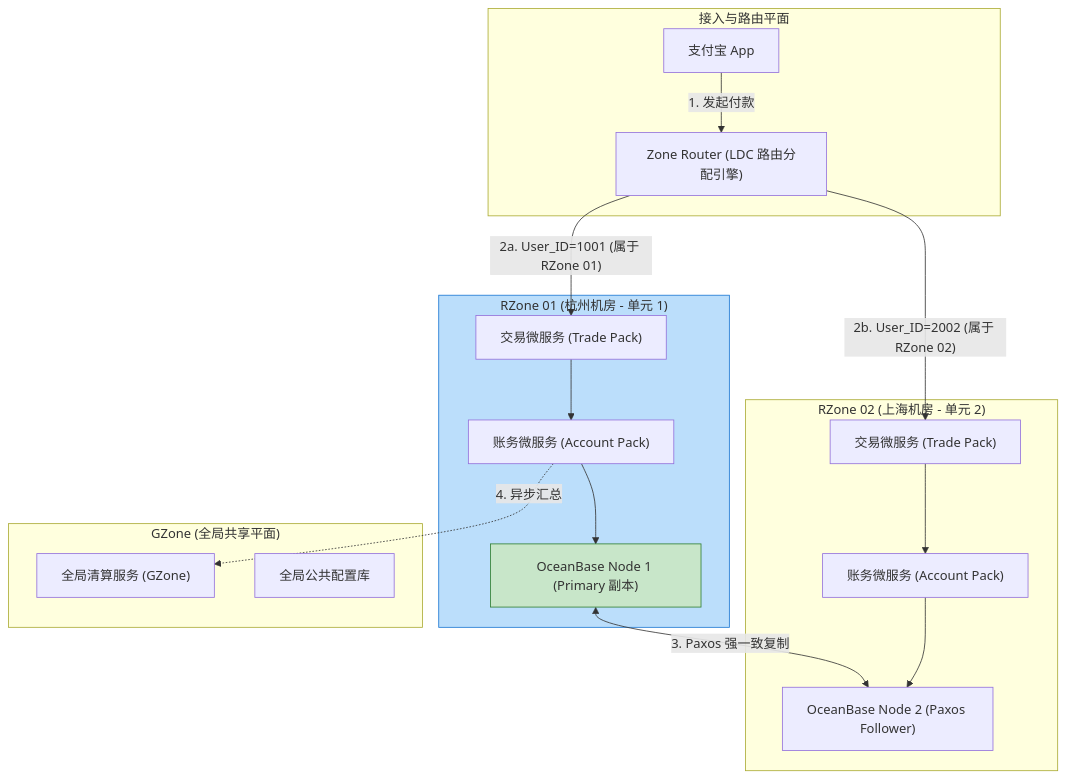
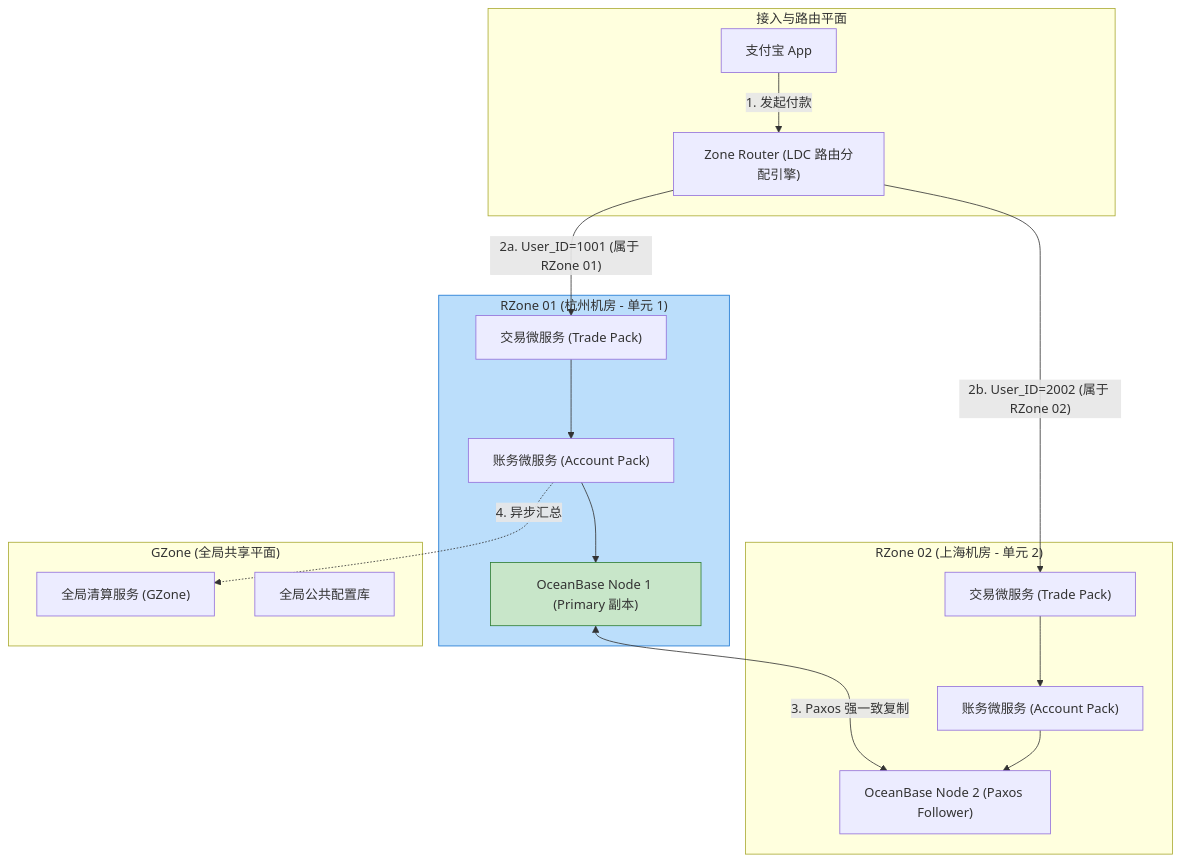
Before and after one commit to koosai/AI-Architect-Learning: the fourth of 6 diagrams in docs/atlas/alipay.mdx, drawn with Mermaid. The commit also changed other lines of this file and 68 other files, not shown here.

Commit message:
fix(atlas): fix browser client-side Mermaid rendering for mindmaps and flowcharts across 67 case studies

````diff
--- a/docs/atlas/alipay.mdx
+++ b/docs/atlas/alipay.mdx
@@ -131,37 +131,37 @@
 ```mermaid
 graph TB
   subgraph ClientEdgePlane["接入与路由平面"]
     AppClient["支付宝 App"]
     ZoneRouterService["Zone Router (LDC 路由分配引擎)"]
   end
 
   subgraph RZoneCluster1["RZone 01 (杭州机房 - 单元 1)"]
     TradeService1["交易微服务 (Trade Pack)"]
     AccountService1["账务微服务 (Account Pack)"]
     OBNode1["OceanBase Node 1 (Primary 副本)"]
   end
 
   subgraph RZoneCluster2["RZone 02 (上海机房 - 单元 2)"]
     TradeService2["交易微服务 (Trade Pack)"]
     AccountService2["账务微服务 (Account Pack)"]
     OBNode2["OceanBase Node 2 (Paxos Follower)"]
   end
 
   subgraph GlobalCoreZone["GZone (全局共享平面)"]
     ClearingService["全局清算服务 (GZone)"]
     PublicConfigDB["全局公共配置库"]
   end
 
   AppClient -->|1. 发起付款| ZoneRouterService
   ZoneRouterService --"2a. User_ID=1001 (属于 RZone 01)"--> TradeService1
   ZoneRouterService --"2b. User_ID=2002 (属于 RZone 02)"--> TradeService2
 
   TradeService1 --> AccountService1 --> OBNode1
   TradeService2 --> AccountService2 --> OBNode2
   
-  OBNode1 <-->|3. Paxos 强一致复制| OBNode2
+  OBNode1 <--->|3. Paxos 强一致复制| OBNode2
   AccountService1 -.->|4. 异步汇总| ClearingService
 
   style RZoneCluster1 fill:#bbdefb,stroke:#1976d2
   style OBNode1 fill:#c8e6c9,stroke:#2e7d32
 ```
````
